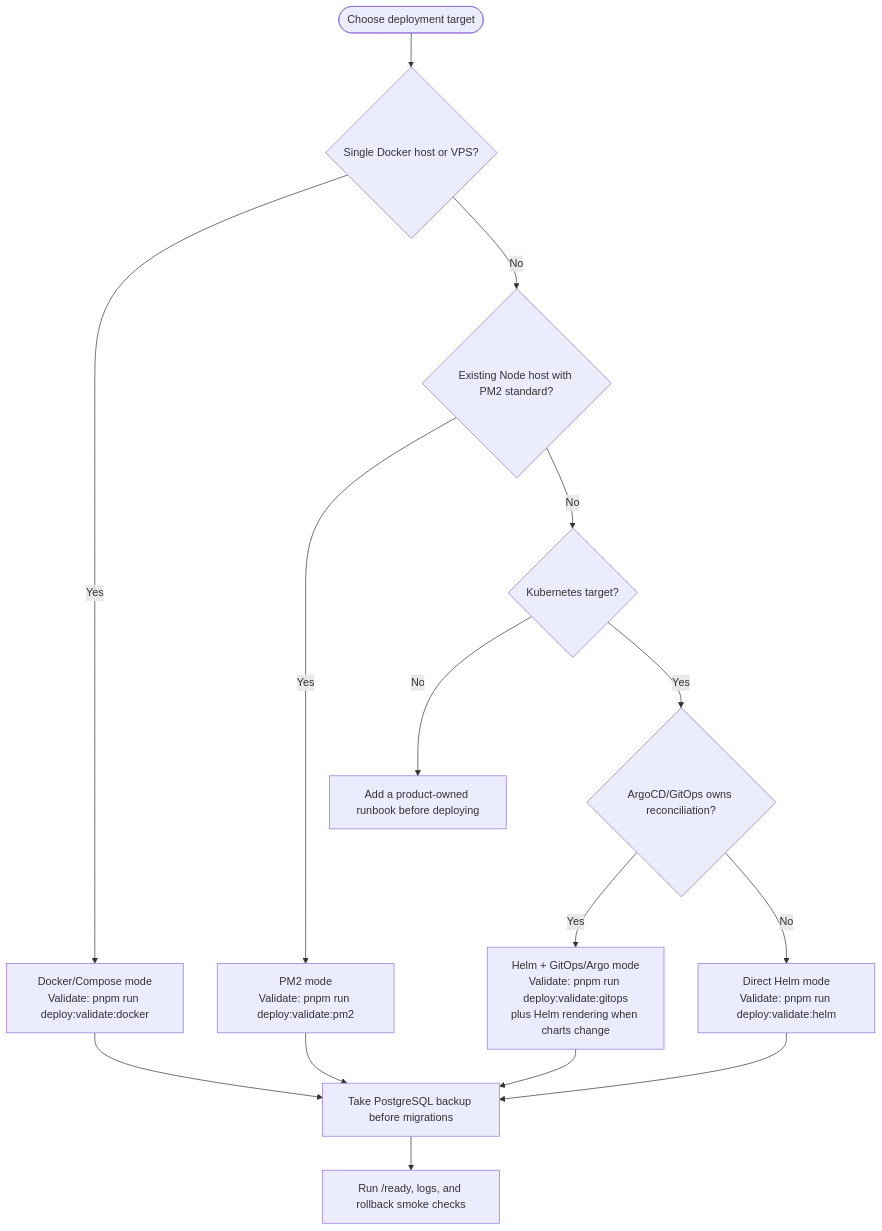
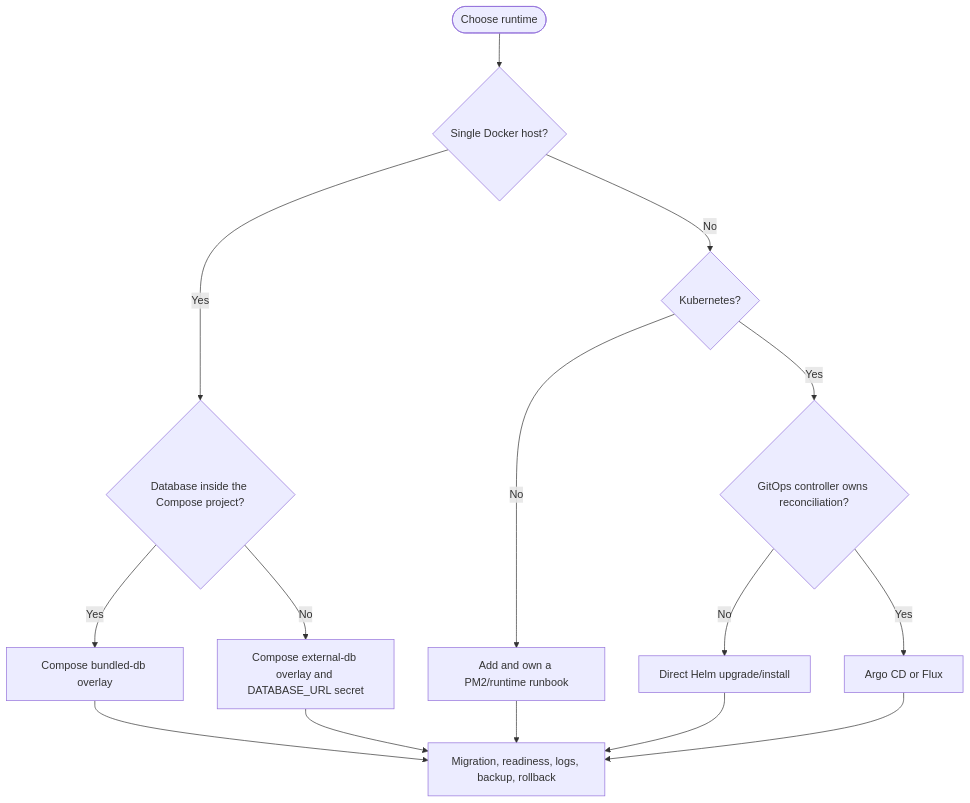
The diagram in docs/deployment.md (nmime/nest-react-boilerplate), drawn with Mermaid before and after one commit. The commit also changed other lines of this file and 40 other files, not shown here.

Commit message:
feat(deploy): add verified production deployment modes

````diff
--- a/docs/deployment.md
+++ b/docs/deployment.md
@@ -28,17 +26,17 @@
 ```mermaid
 flowchart TD
-  start([Choose deployment target]) --> single{Single Docker host or VPS?}
-  single -- Yes --> compose[Docker/Compose mode<br/>Validate: pnpm run deploy:validate:docker]
-  single -- No --> nodehost{Existing Node host with PM2 standard?}
-  nodehost -- Yes --> pm2[PM2 mode<br/>Validate: pnpm run deploy:validate:pm2]
-  nodehost -- No --> k8s{Kubernetes target?}
-  k8s -- No --> stop[Add a product-owned runbook before deploying]
-  k8s -- Yes --> gitops{ArgoCD/GitOps owns reconciliation?}
-  gitops -- Yes --> argo[Helm + GitOps/Argo mode<br/>Validate: pnpm run deploy:validate:gitops<br/>plus Helm rendering when charts change]
-  gitops -- No --> helm[Direct Helm mode<br/>Validate: pnpm run deploy:validate:helm]
-  compose --> backup[Take PostgreSQL backup before migrations]
-  pm2 --> backup
-  argo --> backup
-  helm --> backup
-  backup --> smoke[Run /ready, logs, and rollback smoke checks]
+  start([Choose runtime]) --> host{Single Docker host?}
+  host -- Yes --> db{Database inside the Compose project?}
+  db -- Yes --> bundled[Compose bundled-db overlay]
+  db -- No --> external[Compose external-db overlay and DATABASE_URL secret]
+  host -- No --> k8s{Kubernetes?}
+  k8s -- No --> pm2[Add and own a PM2/runtime runbook]
+  k8s -- Yes --> controller{GitOps controller owns reconciliation?}
+  controller -- No --> helm[Direct Helm upgrade/install]
+  controller -- Yes --> gitops[Argo CD or Flux]
+  bundled --> verify[Migration, readiness, logs, backup, rollback]
+  external --> verify
+  pm2 --> verify
+  helm --> verify
+  gitops --> verify
 ```
````
